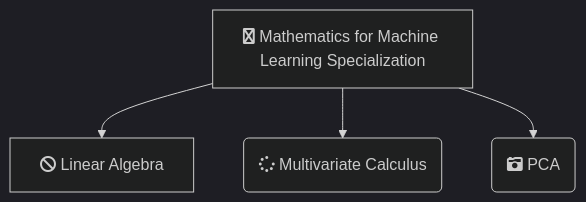
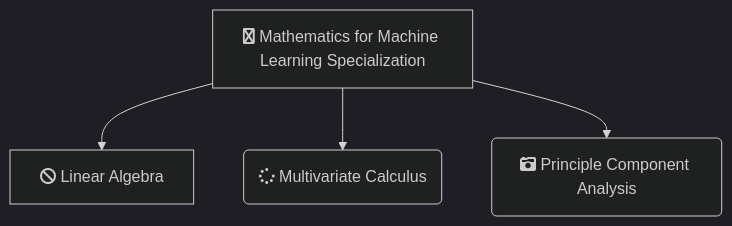
The diagram in README.md (shantanu1109/Coursera-Imperial-College-of-London-Mathematics-For-Machine-Learning-Specialization), drawn with Mermaid (dark theme) before and after one commit.

````diff
--- a/README.md
+++ b/README.md
@@ -48,7 +48,7 @@
 ```mermaid
 flowchart TD
     B["fa:fa-twitter Mathematics for Machine Learning Specialization"]
     B-->C[fa:fa-ban Linear Algebra]
     B-->D(fa:fa-spinner Multivariate Calculus);
-    B-->E(fa:fa-camera-retro PCA)
+    B-->E(fa:fa-camera-retro Principle Component Analysis)
 ```
````
